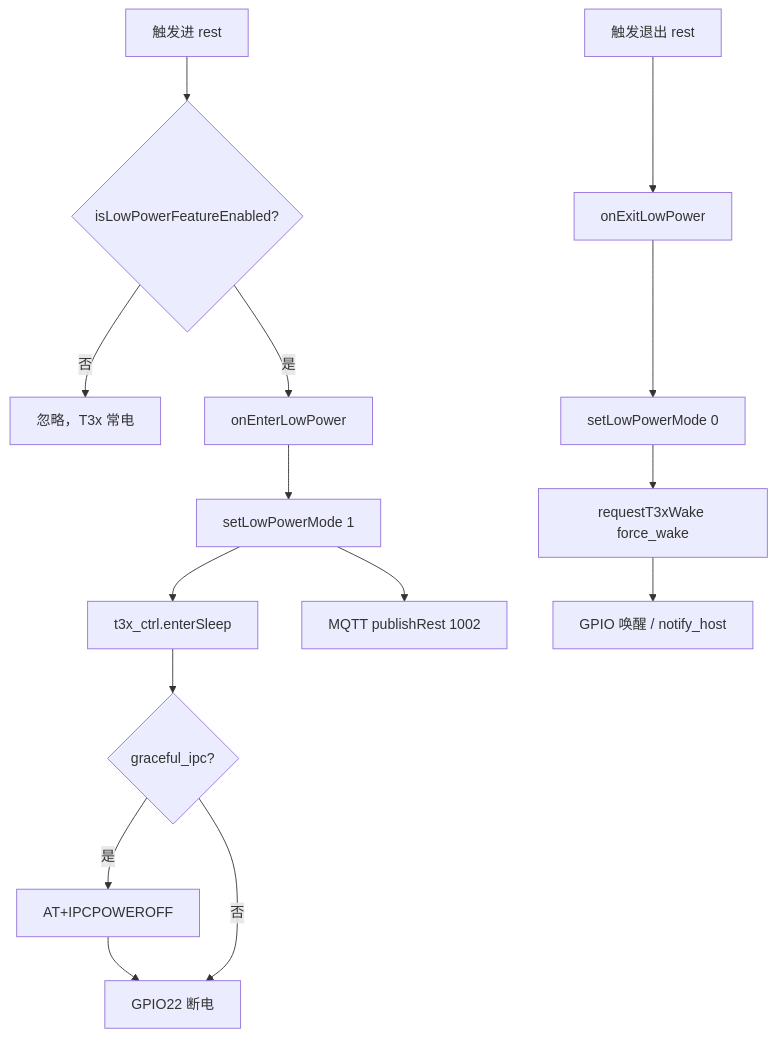
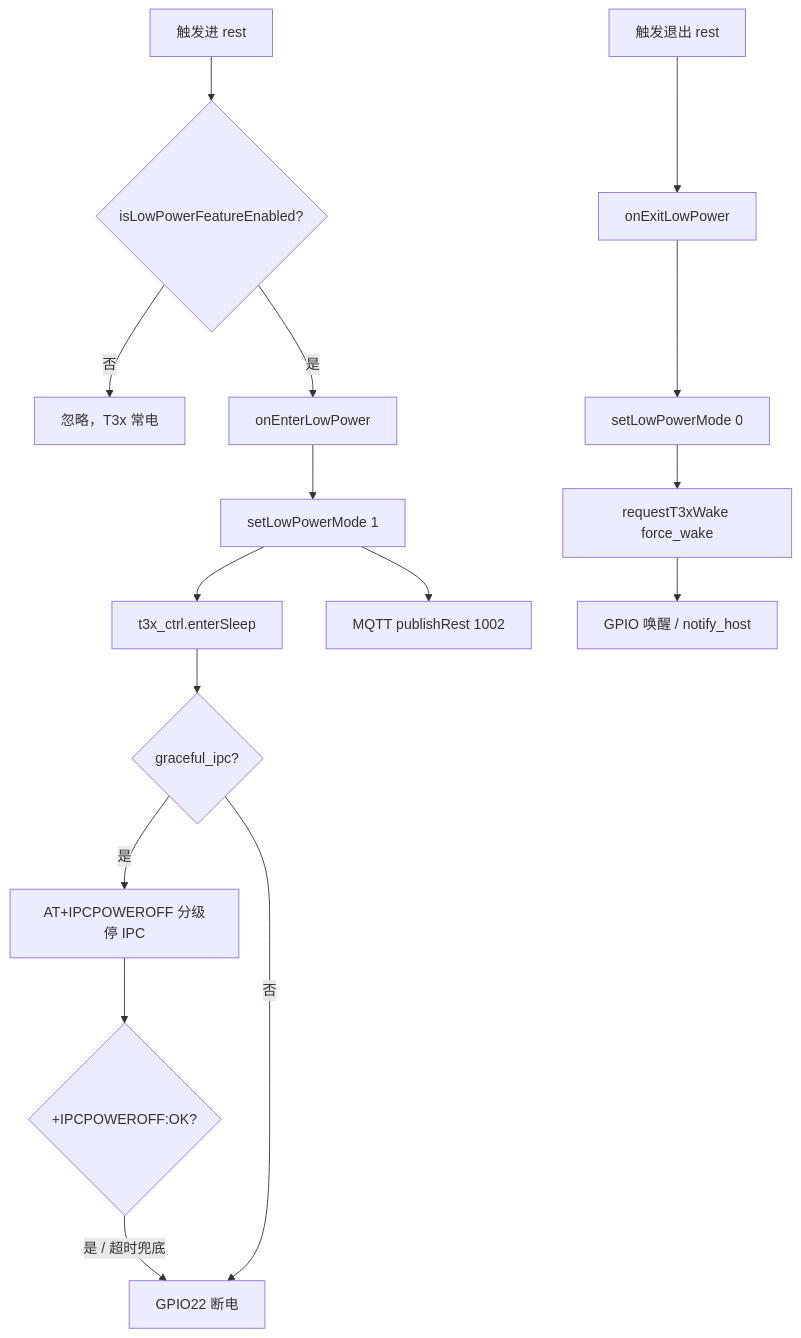
One commit to dzr1986/AIR780EHM changed the second of 3 diagrams in doc/T3X_LOW_POWER.md. Above: the diagram before and after it, drawn with Mermaid. The commit also changed other lines of this file and 327 other files, not shown here.

````diff
--- a/doc/T3X_LOW_POWER.md
+++ b/doc/T3X_LOW_POWER.md
@@ -133,18 +134,19 @@
 ```mermaid
 flowchart TD
     A[触发进 rest] --> B{isLowPowerFeatureEnabled?}
     B -->|否| Z[忽略，T3x 常电]
     B -->|是| C[onEnterLowPower]
     C --> D[setLowPowerMode 1]
     D --> E[t3x_ctrl.enterSleep]
     E --> F{graceful_ipc?}
-    F -->|是| G[AT+IPCPOWEROFF]
-    G --> H[GPIO22 断电]
+    F -->|是| G[AT+IPCPOWEROFF 分级停 IPC]
+    G --> G1{+IPCPOWEROFF:OK?}
+    G1 -->|是 / 超时兜底| H[GPIO22 断电]
     F -->|否| H
     D --> I[MQTT publishRest 1002]
 
     J[触发退出 rest] --> K[onExitLowPower]
     K --> L[setLowPowerMode 0]
     L --> M[requestT3xWake force_wake]
     M --> N[GPIO 唤醒 / notify_host]
 ```
````
